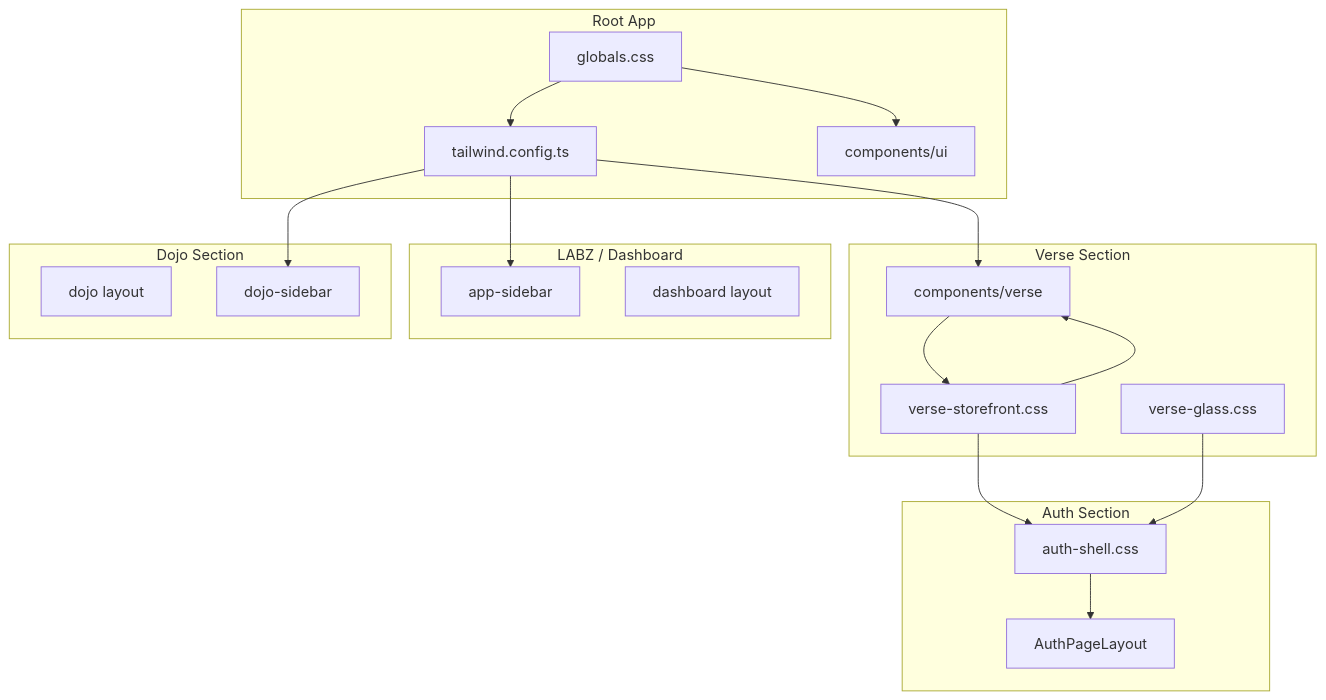
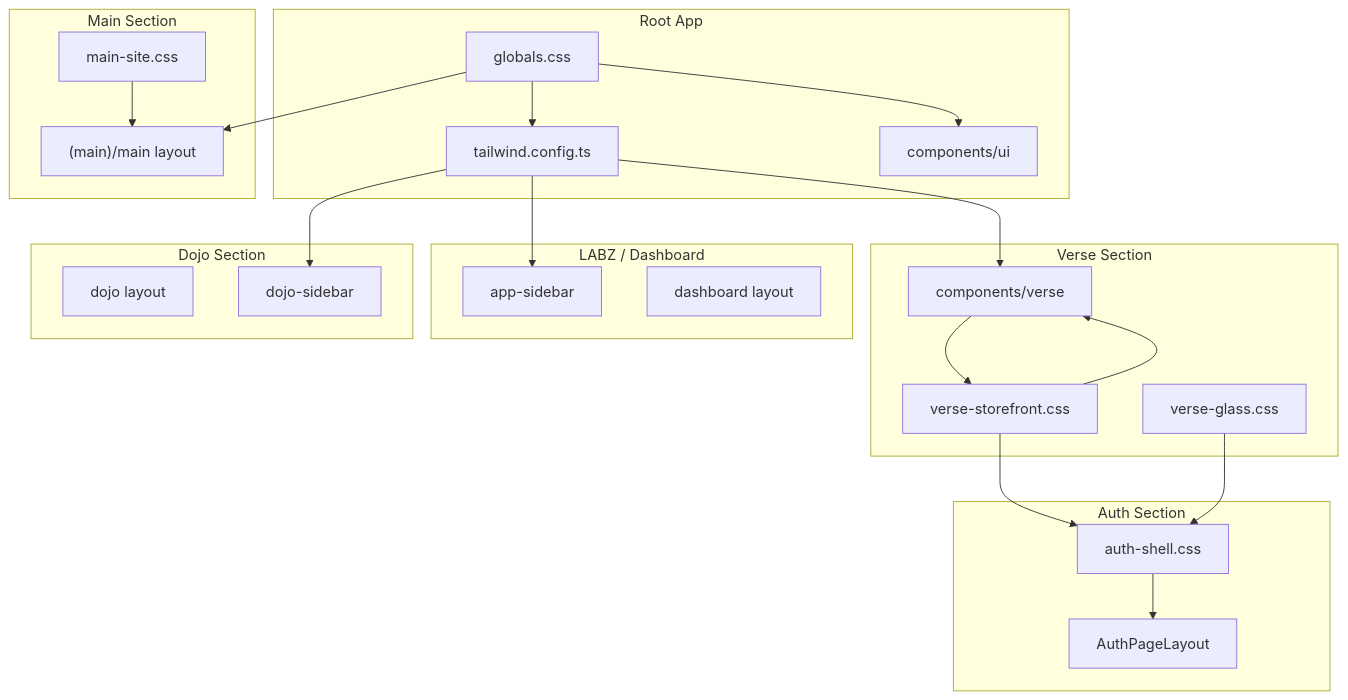
One commit to MOODMNKY-LLC/mood-mnky-command changed the diagram in docs/DESIGN-SYSTEM.md. Above: the diagram before and after it, drawn with Mermaid. The commit also changed other lines of this file and 25 other files, not shown here.

````diff
--- a/docs/DESIGN-SYSTEM.md
+++ b/docs/DESIGN-SYSTEM.md
@@ -7,35 +7,41 @@
 ```mermaid
 flowchart TB
     subgraph Root [Root App]
         globals[globals.css]
         tailwind[tailwind.config.ts]
         shadcn[components/ui]
     end
     subgraph Verse [Verse Section]
         verseCss[verse-storefront.css]
         verseGlass[verse-glass.css]
         verseComps[components/verse]
     end
     subgraph Auth [Auth Section]
         authShell[auth-shell.css]
         authLayout[AuthPageLayout]
     end
     subgraph Labz [LABZ / Dashboard]
         appSidebar[app-sidebar]
         dashboardLayout[dashboard layout]
     end
     subgraph Dojo [Dojo Section]
         dojoLayout[dojo layout]
         dojoSidebar[dojo-sidebar]
     end
+    subgraph Main [Main Section]
+        mainCss[main-site.css]
+        mainLayout["(main)/main layout"]
+    end
     globals --> tailwind
+    globals --> mainLayout
+    mainCss --> mainLayout
     globals --> shadcn
     verseCss --> verseComps
     verseCss --> authShell
     verseGlass --> authShell
     verseComps --> verseCss
     tailwind --> verseComps
     tailwind --> appSidebar
     tailwind --> dojoSidebar
     authShell --> authLayout
 ```
````
